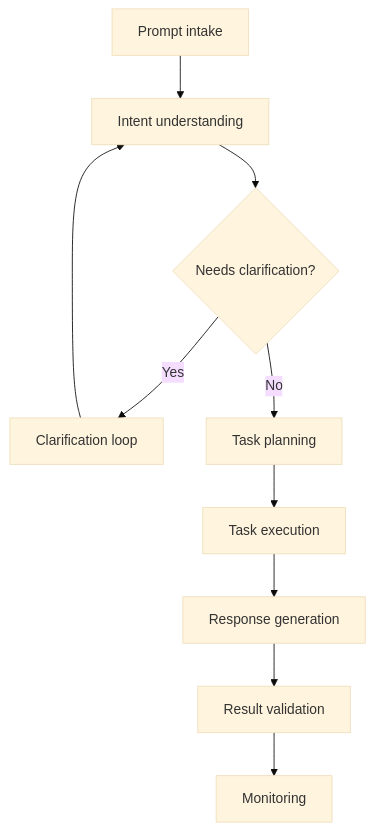
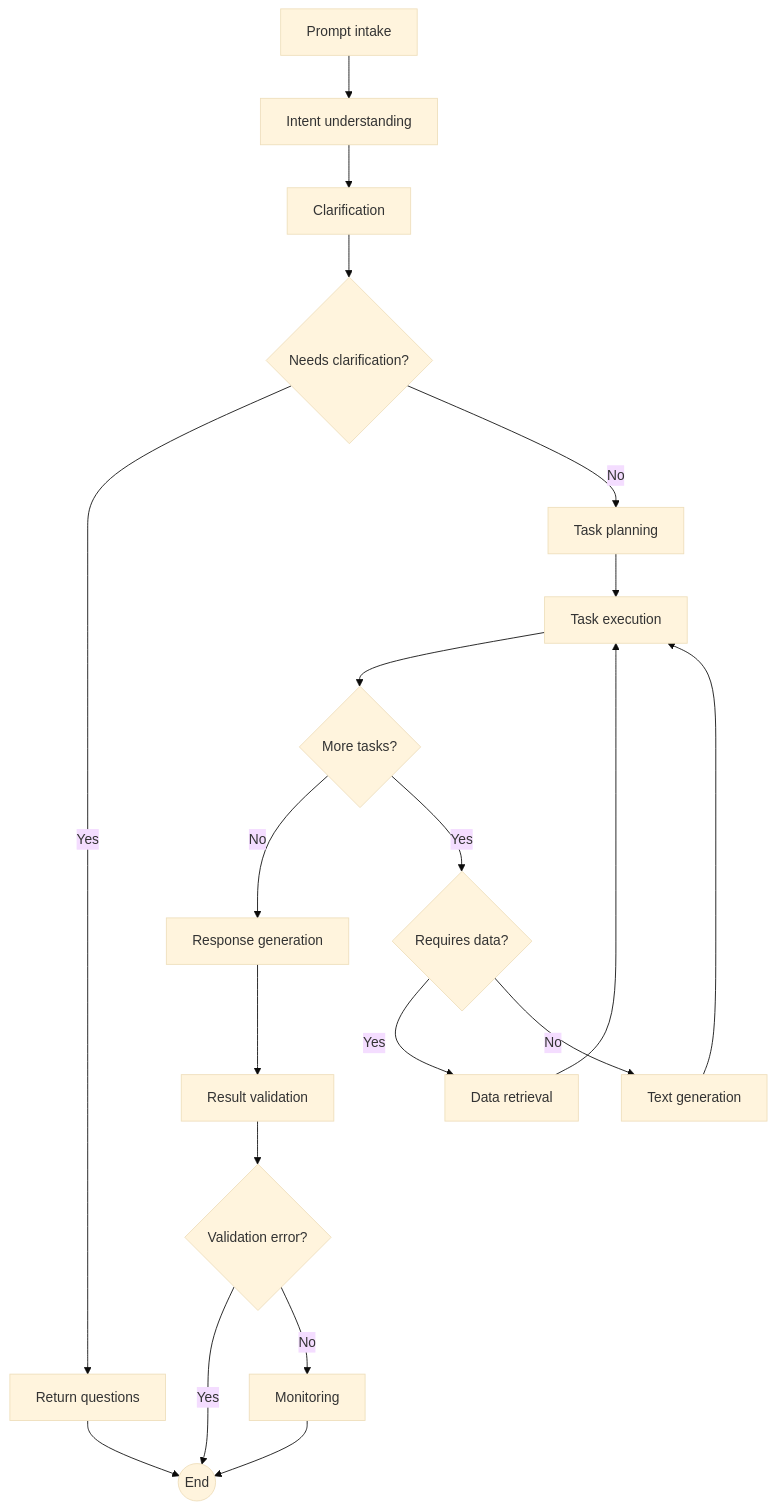
One commit to benjyongzh/llm-data-analyst changed the third of 4 diagrams in README.md. Above: the diagram before and after it, drawn with Mermaid (base theme). The commit also changed other lines of this file and 2 other files, not shown here.

````diff
--- a/README.md
+++ b/README.md
@@ -219,12 +229,22 @@
 ```mermaid
 flowchart TD
     A[Prompt intake] --> B[Intent understanding]
-    B --> C{Needs clarification?}
-    C -->|Yes| D[Clarification loop]
-    D --> B
-    C -->|No| E[Task planning]
-    E --> F[Task execution]
-    F --> G[Response generation]
-    G --> H[Result validation]
-    H --> I[Monitoring]
+    B --> C[Clarification]
+    C --> D{Needs clarification?}
+    D -->|Yes| E[Return questions]
+    E --> Q((End))
+    D -->|No| F[Task planning]
+    F --> G[Task execution]
+    G --> H{More tasks?}
+    H -->|No| I[Response generation]
+    H -->|Yes| J{Requires data?}
+    J -->|Yes| K[Data retrieval]
+    J -->|No| L[Text generation]
+    K --> G
+    L --> G
+    I --> M[Result validation]
+    M --> N{Validation error?}
+    N -->|Yes| Q
+    N -->|No| O[Monitoring]
+    O --> Q
 ```
````
